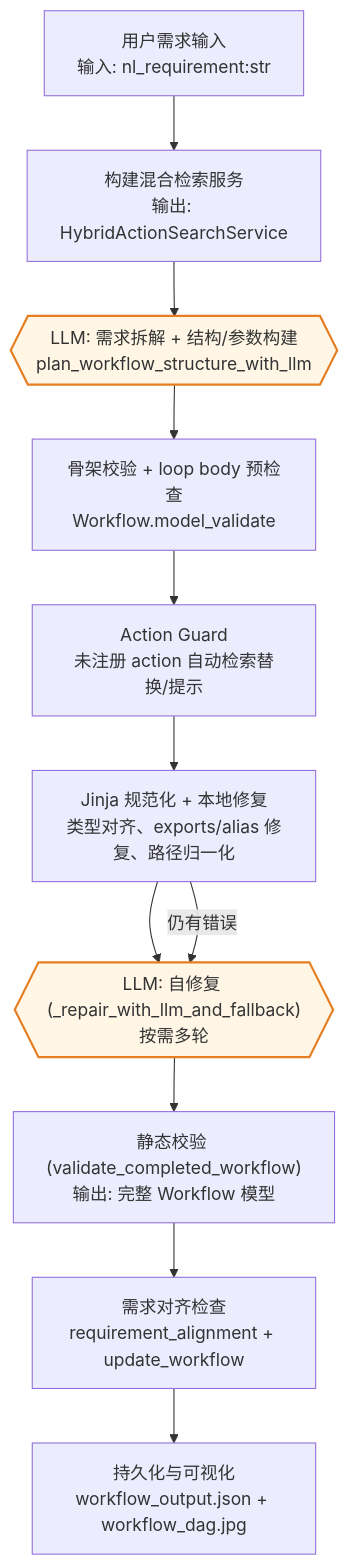
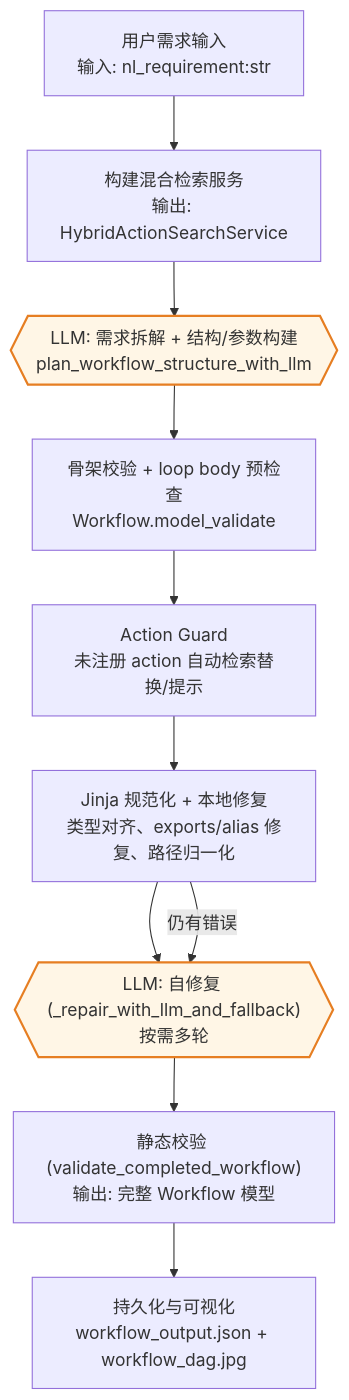
The third of 3 diagrams in README.md (zhongkaifu/VelvetFlow), drawn with Mermaid before and after one commit. The commit also changed other lines of this file and 8 other files, not shown here.

Commit message:
Remove requirement alignment flow

````diff
--- a/README.md
+++ b/README.md
@@ -221,16 +217,15 @@
 ```mermaid
 flowchart TD
     A["用户需求输入\n输入: nl_requirement:str"] --> B
     B["构建混合检索服务\n输出: HybridActionSearchService"] --> C
     C{{"LLM: 需求拆解 + 结构/参数构建\nplan_workflow_structure_with_llm"}} --> D
     D["骨架校验 + loop body 预检查\nWorkflow.model_validate"] --> E
     E["Action Guard\n未注册 action 自动检索替换/提示"] --> F
     F["Jinja 规范化 + 本地修复\n类型对齐、exports/alias 修复、路径归一化"] --> G
     G{{"LLM: 自修复 (_repair_with_llm_and_fallback)\n按需多轮"}} --> H
     F -->|仍有错误| G
-    H["静态校验 (validate_completed_workflow)\n输出: 完整 Workflow 模型"] --> I
-    I["需求对齐检查\nrequirement_alignment + update_workflow"] --> J["持久化与可视化\nworkflow_output.json + workflow_dag.jpg"]
+    H["静态校验 (validate_completed_workflow)\n输出: 完整 Workflow 模型"] --> J["持久化与可视化\nworkflow_output.json + workflow_dag.jpg"]
 
     classDef llm fill:#fff6e6,stroke:#e67e22,stroke-width:2px;
     class C,G llm;
 ```
````
